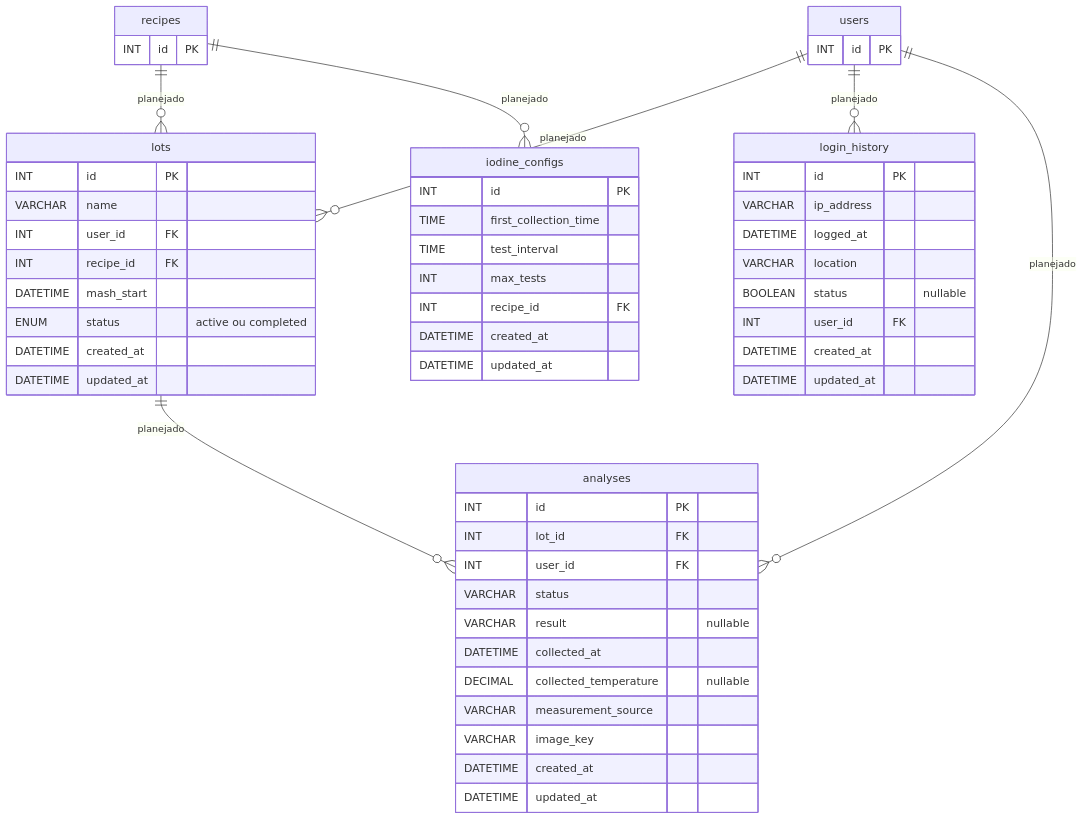
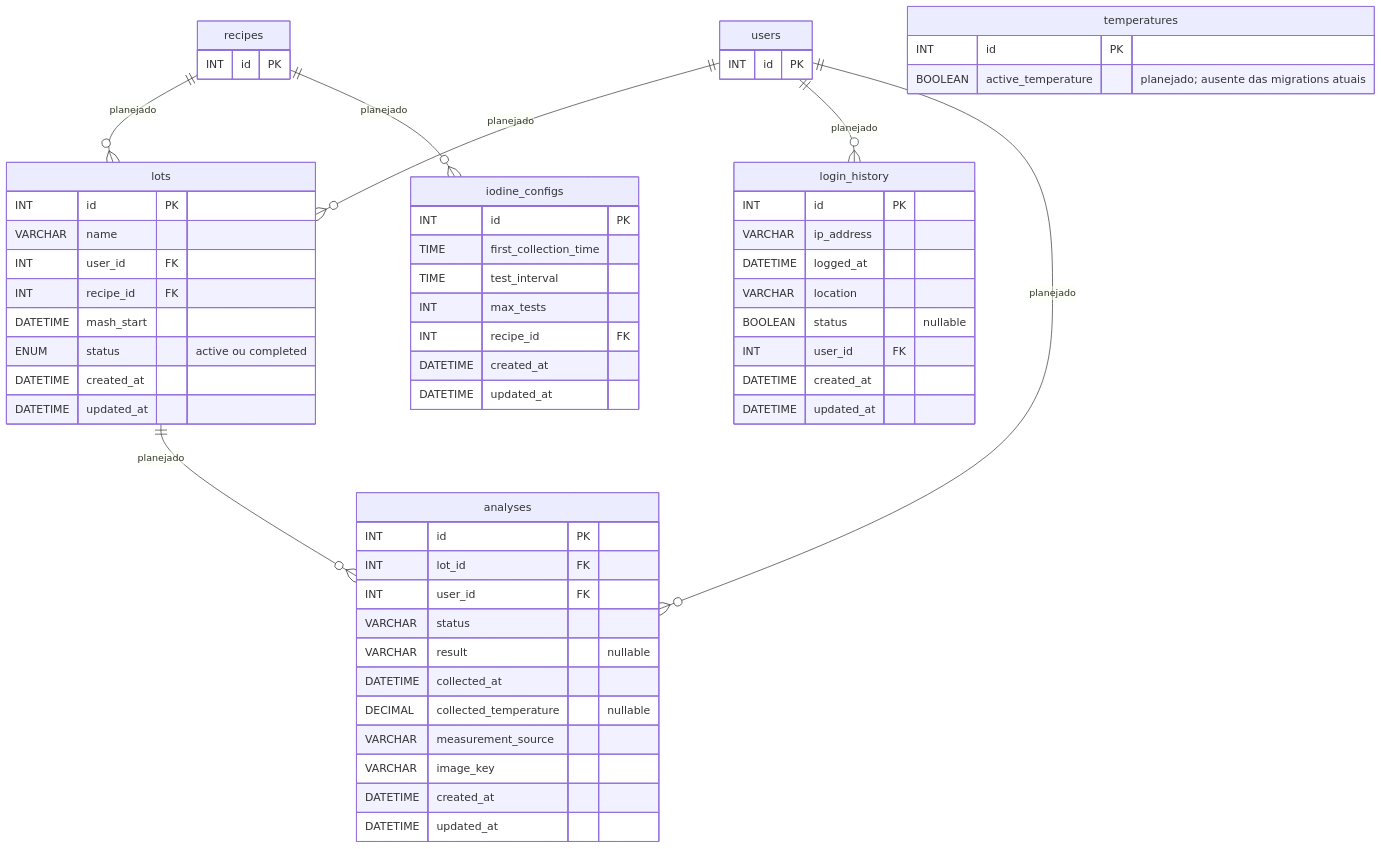
Before and after one commit to conloq/database: the diagram in diagrama_mer_planejado.mmd, drawn with Mermaid. The commit also changed 1 other file, not shown here.

Commit message:
docs: registrar complemento de schema planejado

```diff
--- a/diagrama_mer_planejado.mmd
+++ b/diagrama_mer_planejado.mmd
@@ -1,58 +1,62 @@
 %% Estruturas planejadas; não criadas pelas migrations atuais da main do Back-End.
-%% users e recipes aparecem aqui apenas como referências às tabelas do MER implementado.
+%% users, recipes e temperatures aparecem como referências às tabelas do MER implementado.
 erDiagram
     users ||--o{ lots : planejado
     recipes ||--o{ lots : planejado
     recipes ||--o{ iodine_configs : planejado
     users ||--o{ login_history : planejado
     lots ||--o{ analyses : planejado
     users ||--o{ analyses : planejado
 
     users {
         INT id PK
     }
     recipes {
         INT id PK
+    }
+    temperatures {
+        INT id PK
+        BOOLEAN active_temperature "planejado; ausente das migrations atuais"
     }
     lots {
         INT id PK
         VARCHAR name
         INT user_id FK
         INT recipe_id FK
         DATETIME mash_start
         ENUM status "active ou completed"
         DATETIME created_at
         DATETIME updated_at
     }
     analyses {
         INT id PK
         INT lot_id FK
         INT user_id FK
         VARCHAR status
         VARCHAR result "nullable"
         DATETIME collected_at
         DECIMAL collected_temperature "nullable"
         VARCHAR measurement_source
         VARCHAR image_key
         DATETIME created_at
         DATETIME updated_at
     }
     iodine_configs {
         INT id PK
         TIME first_collection_time
         TIME test_interval
         INT max_tests
         INT recipe_id FK
         DATETIME created_at
         DATETIME updated_at
     }
     login_history {
         INT id PK
         VARCHAR ip_address
         DATETIME logged_at
         VARCHAR location
         BOOLEAN status "nullable"
         INT user_id FK
         DATETIME created_at
         DATETIME updated_at
     }
```
